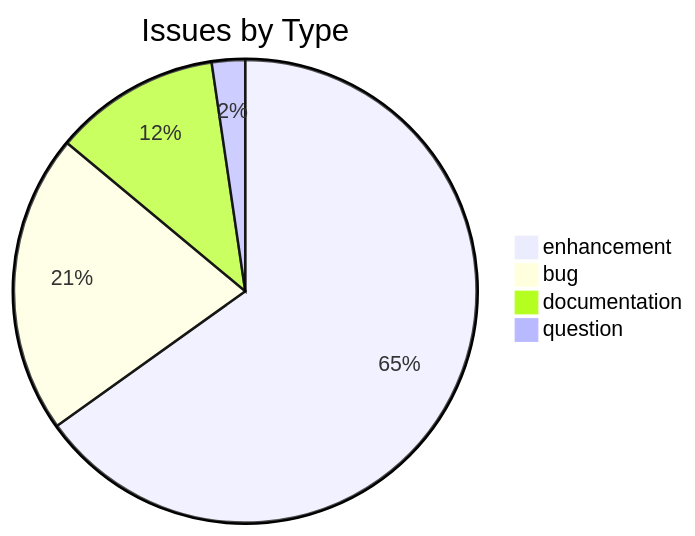
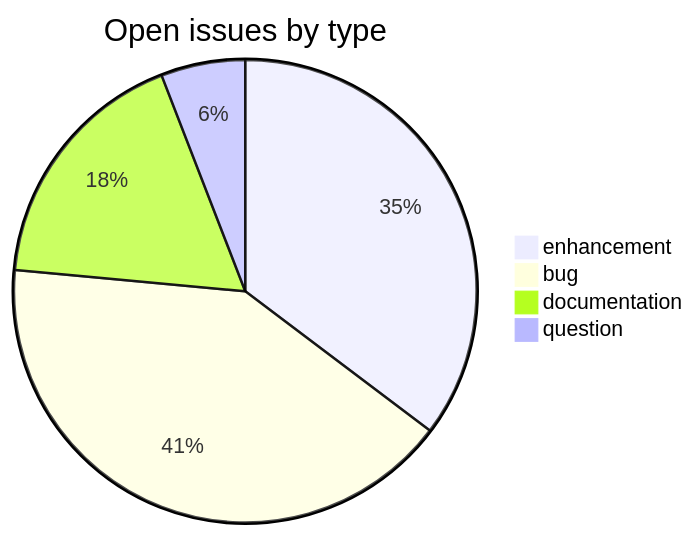
The first of 2 diagrams in README.md (sanskrit-lexicon/csl-devanagari), drawn with Mermaid before and after one commit. The commit also changed other lines of this file, not shown here.

````diff
--- a/README.md
+++ b/README.md
@@ -17,7 +29,7 @@
 ```mermaid
-pie title Issues by Type
-    "enhancement" : 28
-    "bug" : 9
-    "documentation" : 5
+pie title Open issues by type
+    "enhancement" : 6
+    "bug" : 7
+    "documentation" : 3
     "question" : 1
 ```
````
